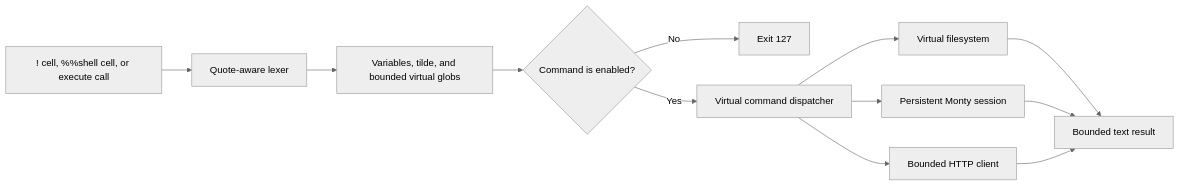
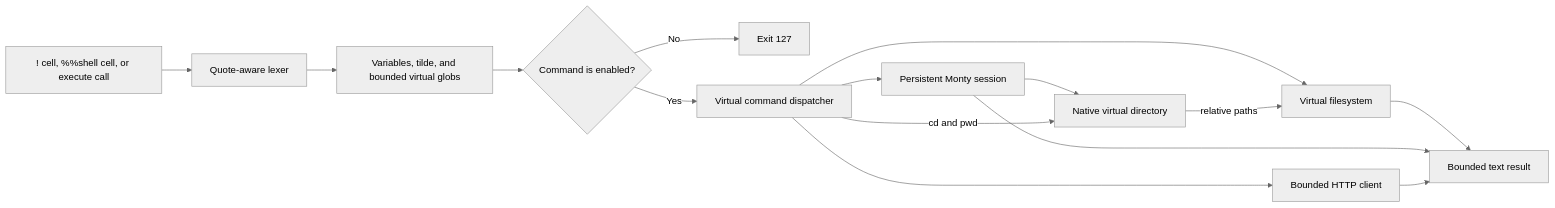
One commit to sgaseretto/arenero changed the first of 2 diagrams in docs/virtual-shell.md. Above: the diagram before and after it, drawn with Mermaid (neutral theme). The commit also changed other lines of this file and 33 other files, not shown here.

````diff
--- a/docs/virtual-shell.md
+++ b/docs/virtual-shell.md
@@ -22,14 +22,17 @@
 ```mermaid
 flowchart LR
     Input["! cell, %%shell cell, or execute call"] --> Lexer["Quote-aware lexer"]
     Lexer --> Expand["Variables, tilde, and bounded virtual globs"]
     Expand --> Policy{"Command is enabled?"}
     Policy -->|No| Reject["Exit 127"]
     Policy -->|Yes| Dispatch["Virtual command dispatcher"]
     Dispatch --> VFS["Virtual filesystem"]
     Dispatch --> Monty["Persistent Monty session"]
+    Monty --> CWD["Native virtual directory"]
+    Dispatch -->|"cd and pwd"| CWD
+    CWD -->|"relative paths"| VFS
     Dispatch --> HTTP["Bounded HTTP client"]
     VFS --> Result["Bounded text result"]
     Monty --> Result
     HTTP --> Result
 ```
````
